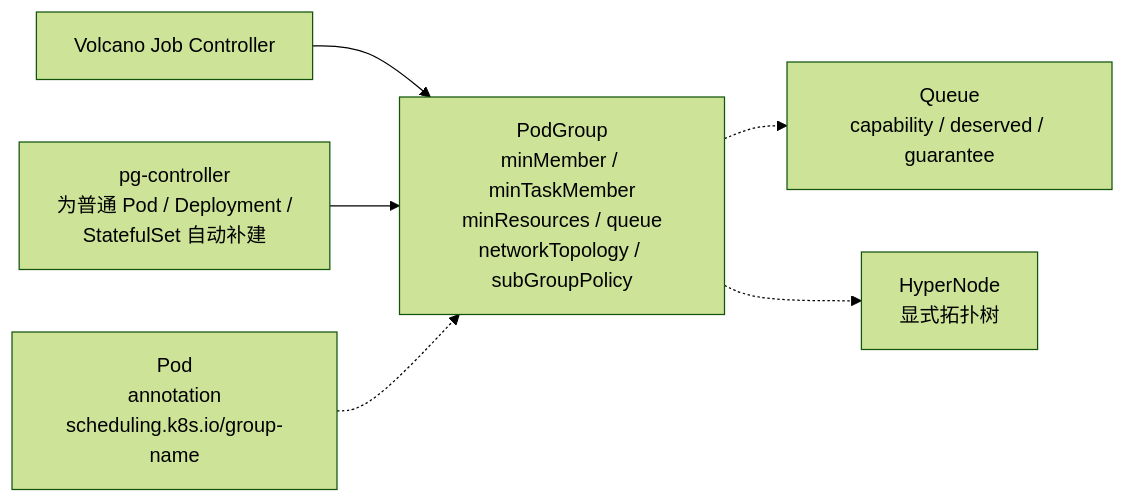
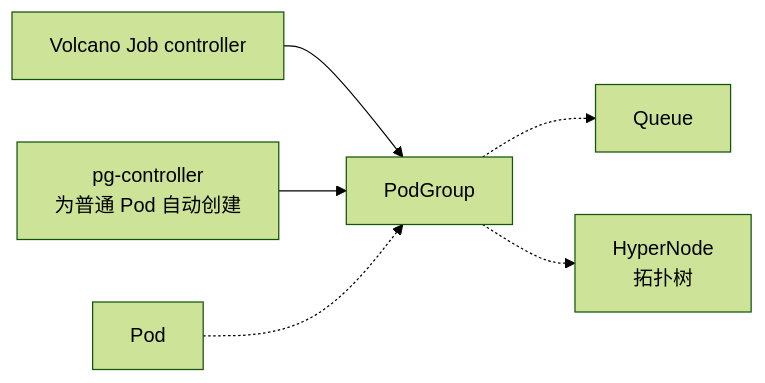
One commit to JesseStutler/volcano changed the third of 13 diagrams in docs/research/k8s-workload-aware-scheduling-vs-volcano-cn.md. Above: the diagram before and after it, drawn with Mermaid (forest theme). The commit also changed other lines of this file and 1 other file, not shown here.

First line of the commit message:
docs: rewrite the upstream PodGroup comparison for readability

````diff
--- a/docs/research/k8s-workload-aware-scheduling-vs-volcano-cn.md
+++ b/docs/research/k8s-workload-aware-scheduling-vs-volcano-cn.md
@@ -207,15 +230,15 @@
 ```mermaid
 flowchart LR
-    VJ["Volcano Job Controller"]
-    PGC["pg-controller<br/>为普通 Pod / Deployment /<br/>StatefulSet 自动补建"]
-    VPod["Pod<br/>annotation<br/>scheduling.k8s.io/group-name"]
-    VPG["PodGroup<br/>minMember / minTaskMember<br/>minResources / queue<br/>networkTopology / subGroupPolicy"]
-    Qu["Queue<br/>capability / deserved / guarantee"]
-    HN["HyperNode<br/>显式拓扑树"]
+    VJ["Volcano Job controller"]
+    PGC["pg-controller<br/>为普通 Pod 自动创建"]
+    VPod["Pod"]
+    VPG["PodGroup"]
+    Qu["Queue"]
+    HN["HyperNode<br/>拓扑树"]
 
     VJ --> VPG
     PGC --> VPG
     VPod -.-> VPG
     VPG -.-> Qu
     VPG -.-> HN
 ```
````
